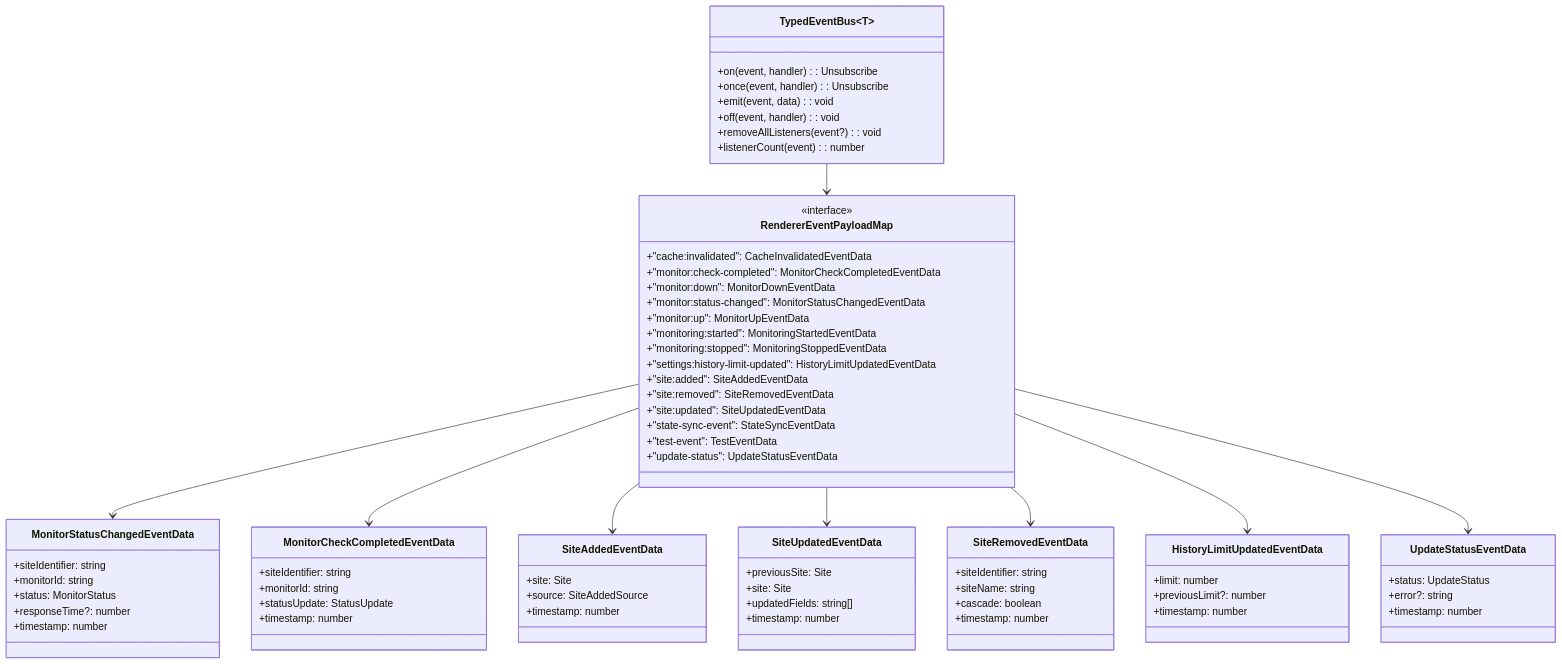
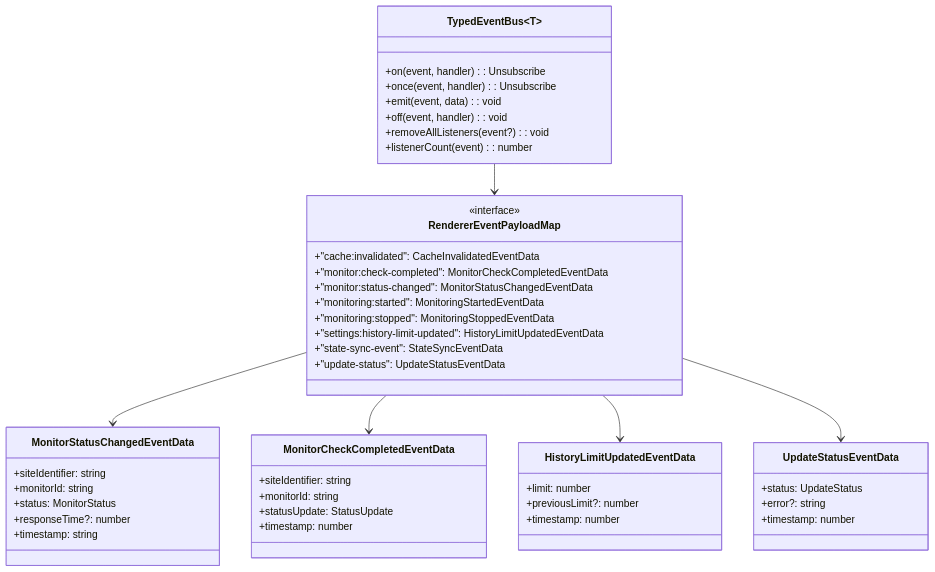
The second of 8 diagrams in docs/InteractiveCharts/event-system.md (Nick2bad4u/Uptime-Watcher), drawn with Mermaid before and after one commit. The commit also changed 35 other files, not shown here.

First line of the commit message:
🚜 [refactor] Remove unused renderer event channels

```diff
--- a/docs/InteractiveCharts/event-system.md
+++ b/docs/InteractiveCharts/event-system.md
@@ -99,17 +99,11 @@
         <<interface>>
         +"cache:invalidated": CacheInvalidatedEventData
         +"monitor:check-completed": MonitorCheckCompletedEventData
-        +"monitor:down": MonitorDownEventData
         +"monitor:status-changed": MonitorStatusChangedEventData
-        +"monitor:up": MonitorUpEventData
         +"monitoring:started": MonitoringStartedEventData
         +"monitoring:stopped": MonitoringStoppedEventData
         +"settings:history-limit-updated": HistoryLimitUpdatedEventData
-        +"site:added": SiteAddedEventData
-        +"site:removed": SiteRemovedEventData
-        +"site:updated": SiteUpdatedEventData
         +"state-sync-event": StateSyncEventData
-        +"test-event": TestEventData
         +"update-status": UpdateStatusEventData
     }
 
@@ -118,33 +112,13 @@
         +monitorId: string
         +status: MonitorStatus
         +responseTime?: number
-        +timestamp: number
+        +timestamp: string
     }
 
     class MonitorCheckCompletedEventData {
         +siteIdentifier: string
         +monitorId: string
         +statusUpdate: StatusUpdate
-        +timestamp: number
-    }
-
-    class SiteAddedEventData {
-        +site: Site
-        +source: SiteAddedSource
-        +timestamp: number
-    }
-
-    class SiteUpdatedEventData {
-        +previousSite: Site
-        +site: Site
-        +updatedFields: string[]
-        +timestamp: number
-    }
-
-    class SiteRemovedEventData {
-        +siteIdentifier: string
-        +siteName: string
-        +cascade: boolean
         +timestamp: number
     }
 
@@ -171,9 +145,6 @@
 
     RendererEventPayloadMap --> MonitorStatusChangedEventData
     RendererEventPayloadMap --> MonitorCheckCompletedEventData
-    RendererEventPayloadMap --> SiteAddedEventData
-    RendererEventPayloadMap --> SiteUpdatedEventData
-    RendererEventPayloadMap --> SiteRemovedEventData
     RendererEventPayloadMap --> HistoryLimitUpdatedEventData
     RendererEventPayloadMap --> UpdateStatusEventData
     TypedEventBus --> RendererEventPayloadMap
```
